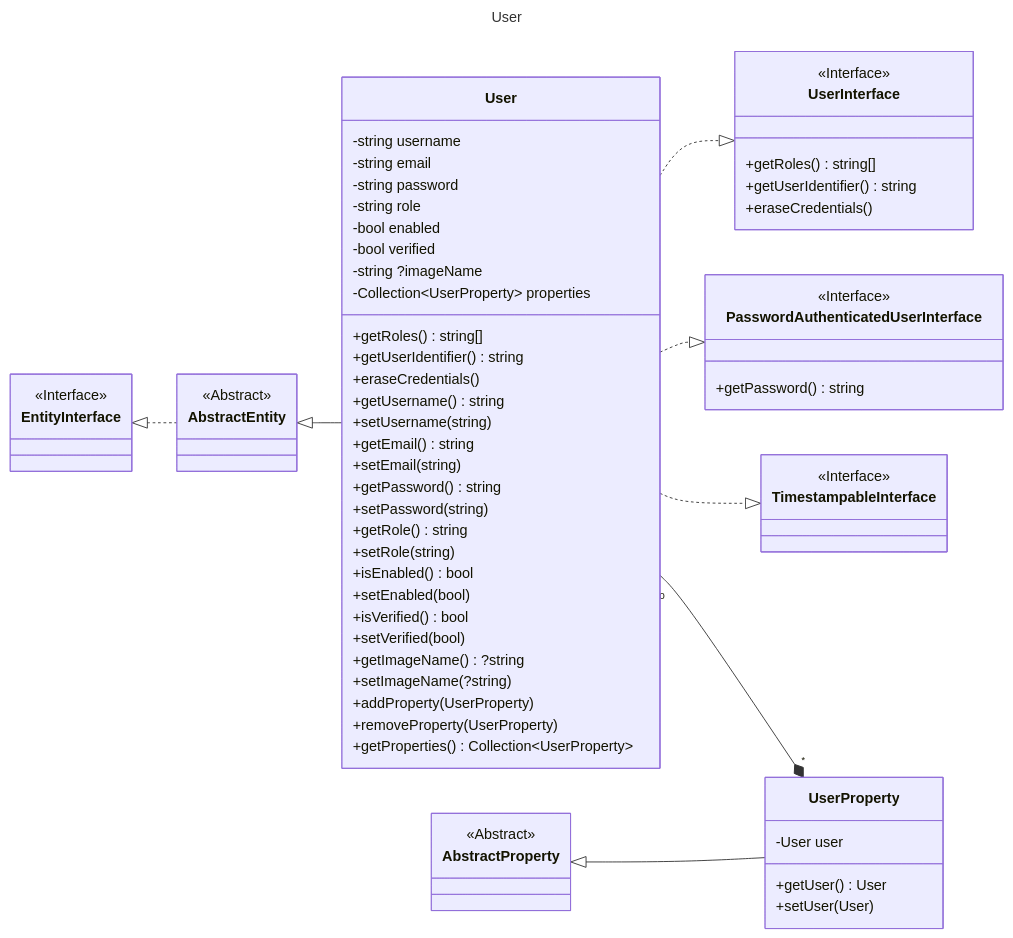
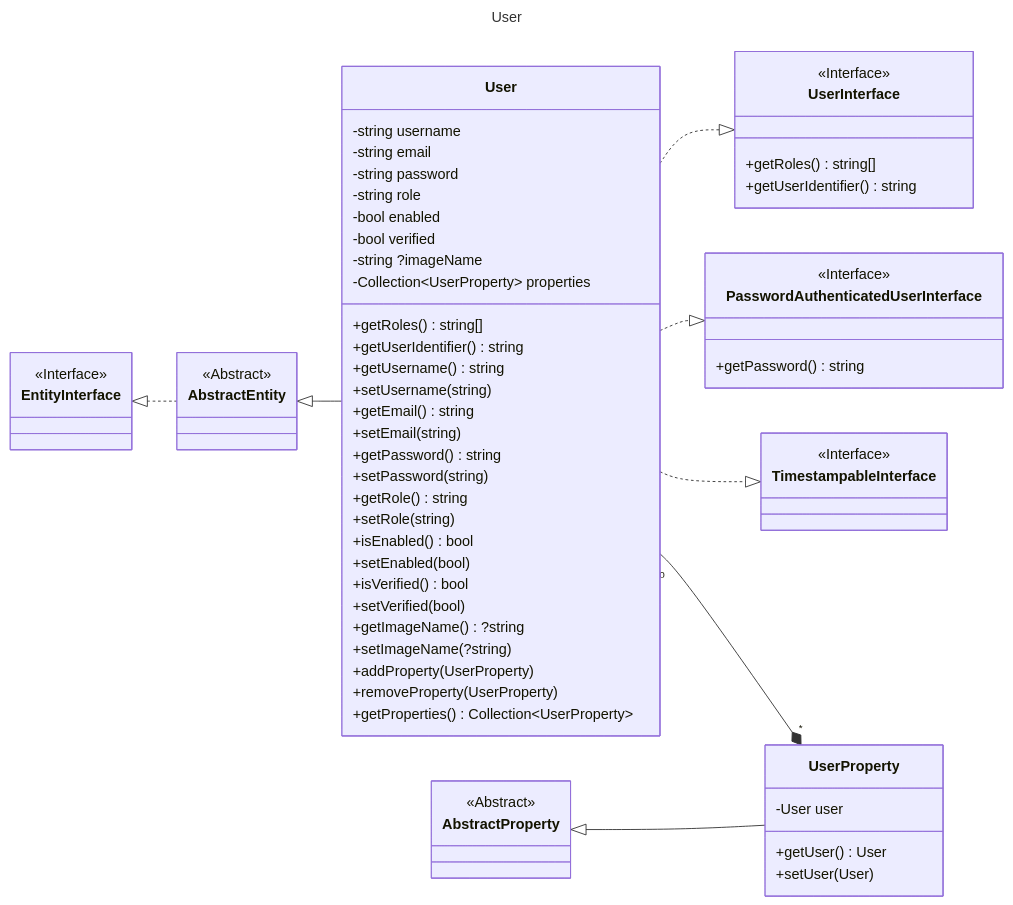
The diagram in resources/diagrams/user.mmd (laurentmuller/calculation), drawn with Mermaid before and after one commit. The commit also changed 272 other files, not shown here.

```diff
--- a/resources/diagrams/user.mmd
+++ b/resources/diagrams/user.mmd
@@ -1,83 +1,81 @@
 ---
 title: User
 ---
 classDiagram
     direction LR
 
     class UserInterface{
         <<Interface>>
         +getRoles() string[]
         +getUserIdentifier() string
-        +eraseCredentials()
     }
 
     class EntityInterface {
         <<Interface>>
     }
 
     class TimestampableInterface {
         <<Interface>>
     }
 
     class PasswordAuthenticatedUserInterface {
         <<Interface>>
         +getPassword() string
     }
 
     class User {
         -string username
         -string email
         -string password
         -string role
         -bool enabled
         -bool verified
         -string ?imageName
         -Collection~UserProperty~ properties
         +getRoles() string[]
         +getUserIdentifier() string
-        +eraseCredentials()
         +getUsername() string
         +setUsername(string)
         +getEmail() string
         +setEmail(string)
         +getPassword() string
         +setPassword(string)
         +getRole() string
         +setRole(string)
         +isEnabled() bool
         +setEnabled(bool)
         +isVerified() bool
         +setVerified(bool)
         +getImageName() ?string
         +setImageName(?string)
         +addProperty(UserProperty)
         +removeProperty(UserProperty)
         +getProperties() Collection~UserProperty~
     }
 
     class UserProperty {
         -User user
         +getUser() User
         +setUser(User)
     }
 
     class AbstractProperty {
         <<Abstract>>
     }
 
     class AbstractEntity {
         <<Abstract>>
     }
 
     EntityInterface <|.. AbstractEntity
     AbstractEntity <|-- User
     User ..|> UserInterface
     User ..|> PasswordAuthenticatedUserInterface
     User ..|> TimestampableInterface
     User "0" --* "*" UserProperty
     AbstractProperty <|-- UserProperty
 
     click EntityInterface call nodeCallback()
     click AbstractEntity call nodeCallback()
     click AbstractProperty call nodeCallback()
     click TimestampableInterface call nodeCallback()
```
